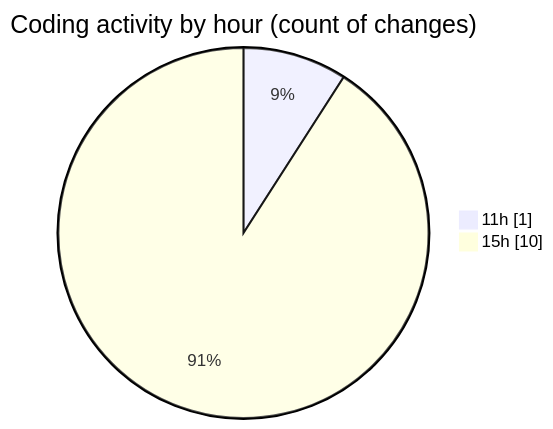
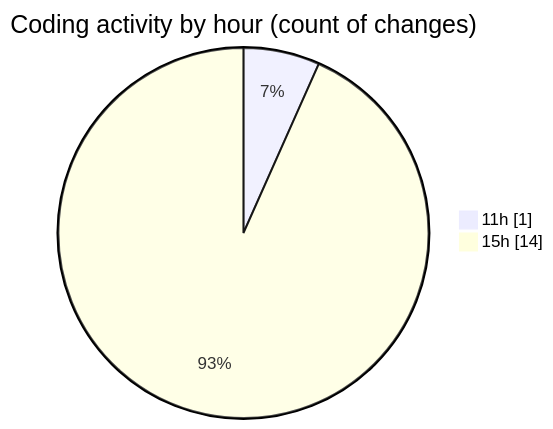
The second of 2 diagrams in 2026-04-14/cilapp/README.md (ricardozamudiocil/code-tracking), drawn with Mermaid before and after one commit. The commit also changed other lines of this file and 1 other file, not shown here.

````diff
--- a/2026-04-14/cilapp/README.md
+++ b/2026-04-14/cilapp/README.md
@@ -38,6 +38,6 @@
 ```mermaid
 pie showData
 title Coding activity by hour (count of changes)
 "11h" : 1
-"15h" : 10
+"15h" : 14
 ```
````
